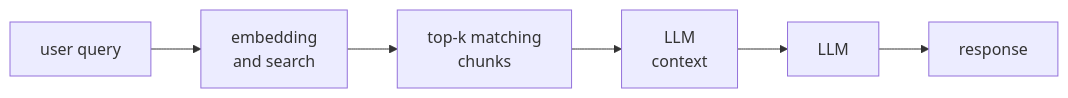
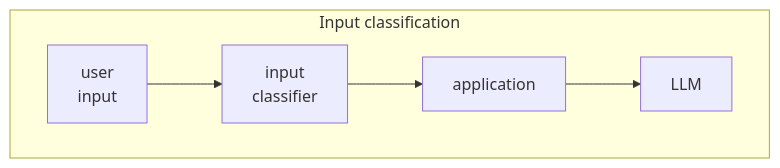
The second of 5 diagrams in 01_foundations_ai_ml.md (jwardon/ai-security-101), drawn with Mermaid before and after one commit. The commit also changed other lines of this file and 5 other files, not shown here.

Commit message:
Redesign diagrams (RAG, classifiers, agents, trust boundaries, threat-modeling loop) and show author display name

````diff
--- a/01_foundations_ai_ml.md
+++ b/01_foundations_ai_ml.md
@@ -32,4 +51,7 @@
 ```mermaid
 flowchart LR
-    query["user query"] --> search["embedding<br/>and search"] --> topk["top-k matching<br/>chunks"] --> ctx["LLM<br/>context"] --> llm["LLM"] --> resp["response"]
+    subgraph input["Input classification"]
+        direction LR
+        in1["user<br/>input"] --> inc["input<br/>classifier"] --> app1["application"] --> llm1["LLM"]
+    end
 ```
````
